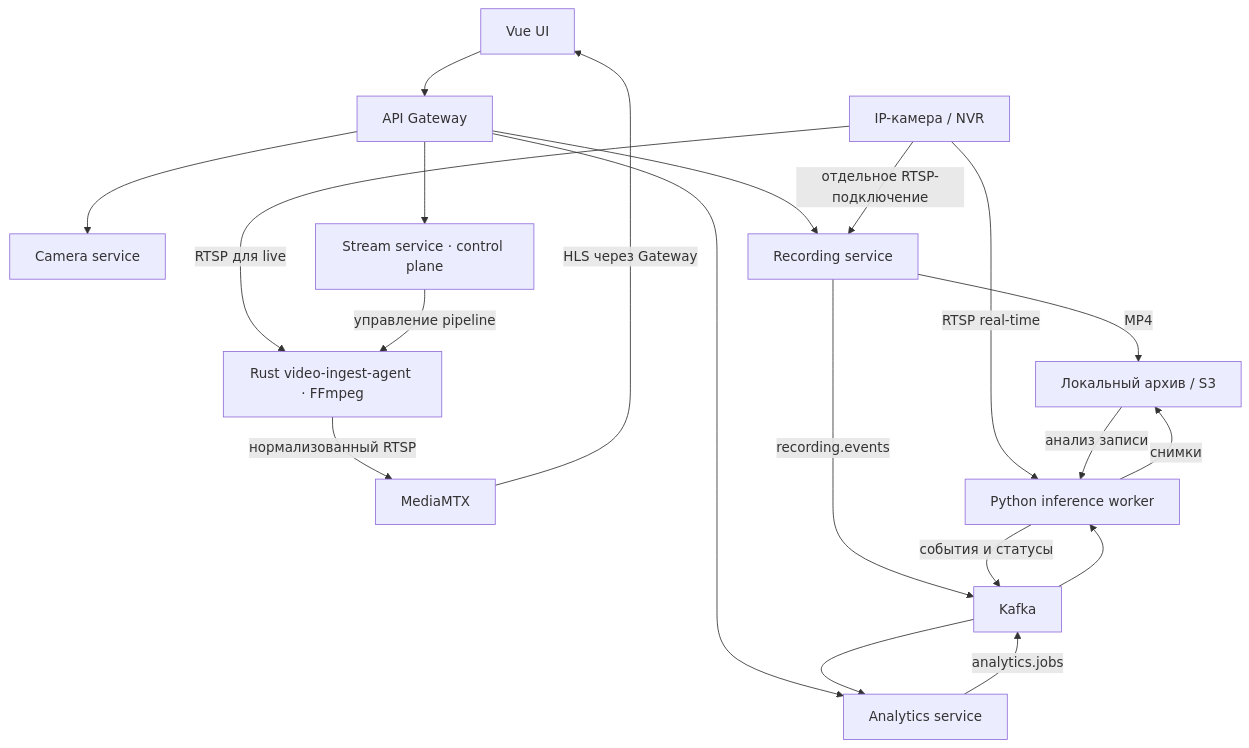
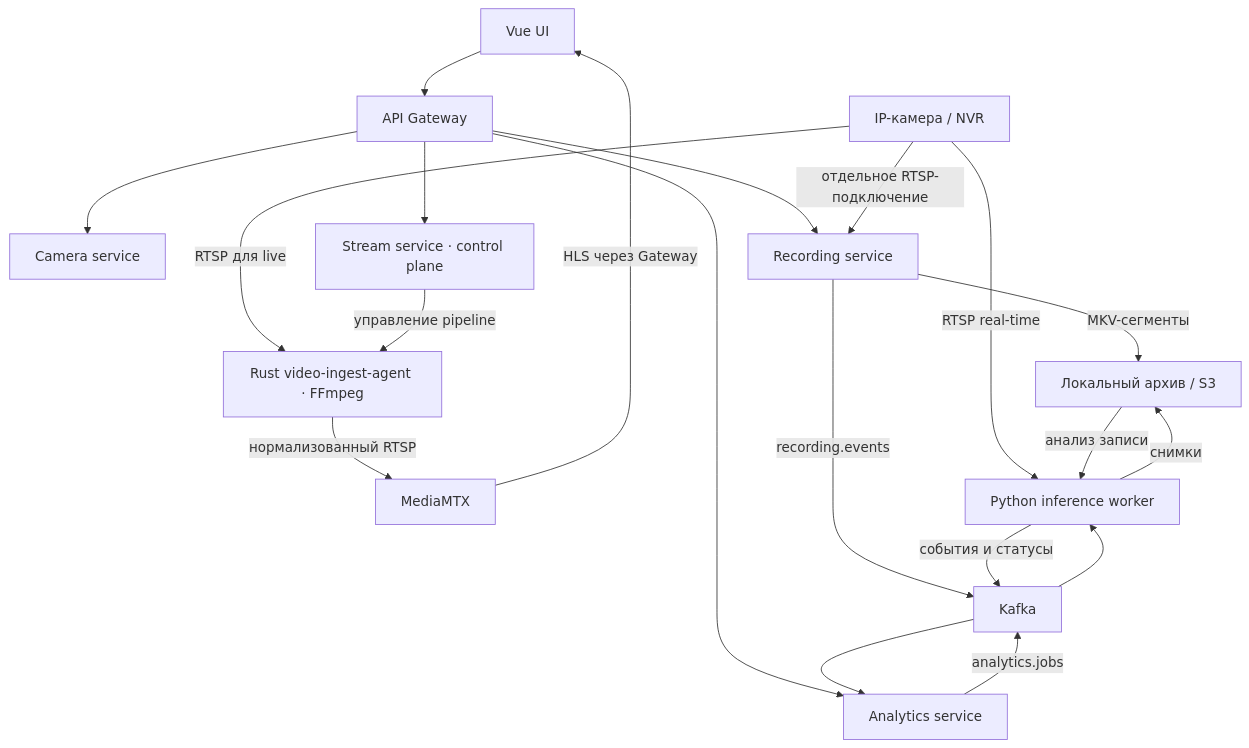
Before and after one commit to coltrack-dev/smart-surveillance-platform: the diagram in README.md, drawn with Mermaid. The commit also changed other lines of this file, not shown here.

````diff
--- a/README.md
+++ b/README.md
@@ -23,25 +24,25 @@
 ```mermaid
 flowchart TD
     UI["Vue UI"] --> GW["API Gateway"]
     GW --> CAM["Camera service"]
     GW --> STREAM["Stream service · control plane"]
     GW --> REC["Recording service"]
     GW --> ANA["Analytics service"]
 
     SOURCE["IP-камера / NVR"] -->|"RTSP для live"| AGENT["Rust video-ingest-agent · FFmpeg"]
     STREAM -->|"управление pipeline"| AGENT
     AGENT -->|"нормализованный RTSP"| MTX["MediaMTX"]
     MTX -->|"HLS через Gateway"| UI
 
     SOURCE -->|"отдельное RTSP-подключение"| REC
-    REC -->|"MP4"| STORE["Локальный архив / S3"]
+    REC -->|"MKV-сегменты"| STORE["Локальный архив / S3"]
 
     SOURCE -->|"RTSP real-time"| WORKER["Python inference worker"]
     STORE -->|"анализ записи"| WORKER
     ANA -->|"analytics.jobs"| KAFKA["Kafka"]
     REC -->|"recording.events"| KAFKA
     KAFKA --> WORKER
     WORKER -->|"события и статусы"| KAFKA
     KAFKA --> ANA
     WORKER -->|"снимки"| STORE
 ```
````
